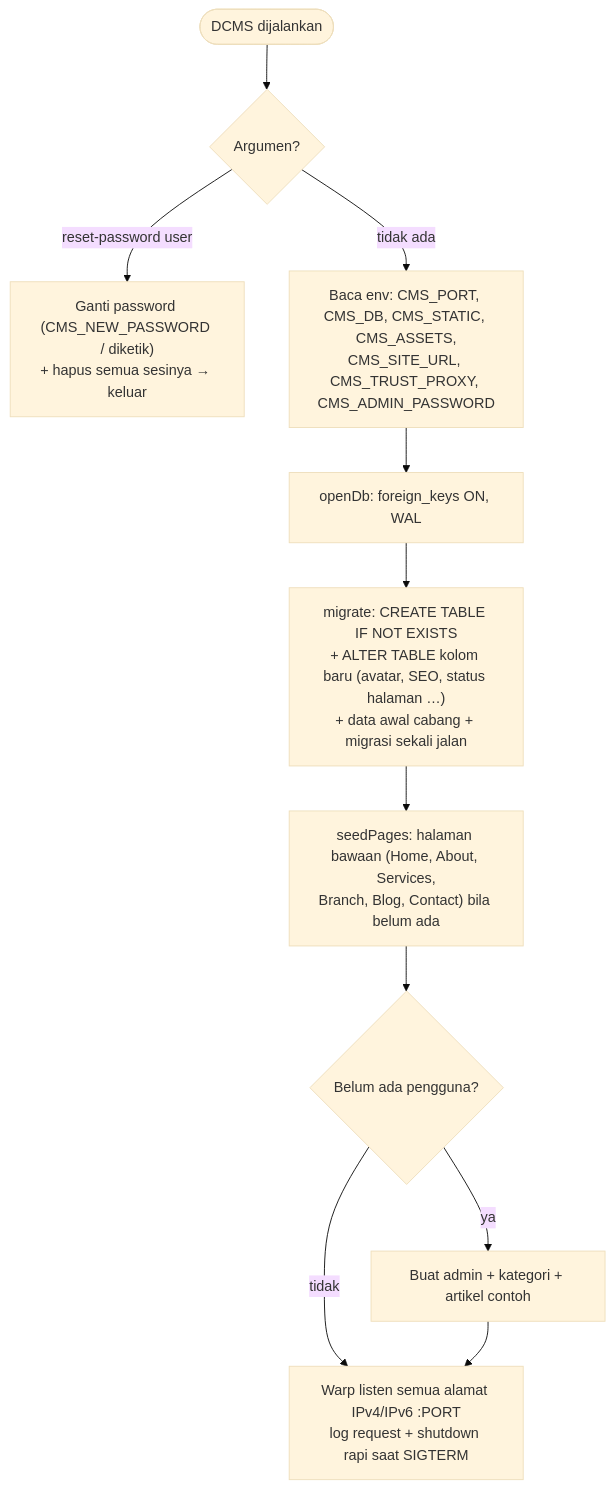
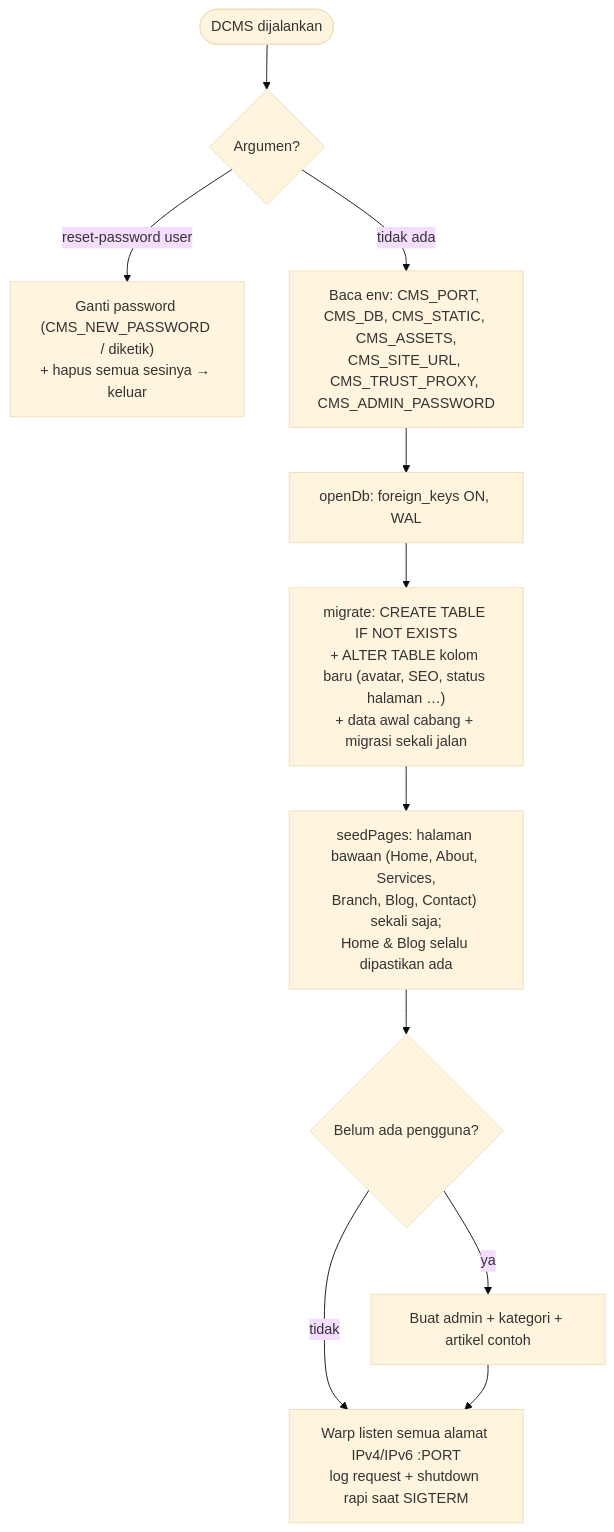
One commit to alvarezyrh/DCMS changed diagram 15 of 15 in README.md. Above: the diagram before and after it, drawn with Mermaid (base theme). The commit also changed other lines of this file, not shown here.

````diff
--- a/README.md
+++ b/README.md
@@ -673,13 +692,13 @@
 ```mermaid
 flowchart TD
     S(["DCMS dijalankan"]) --> AR{"Argumen?"}
     AR -- "reset-password user" --> RP["Ganti password (CMS_NEW_PASSWORD / diketik)<br/>+ hapus semua sesinya → keluar"]
     AR -- tidak ada --> ENV["Baca env: CMS_PORT, CMS_DB, CMS_STATIC, CMS_ASSETS,<br/>CMS_SITE_URL, CMS_TRUST_PROXY, CMS_ADMIN_PASSWORD"]
     ENV --> OD["openDb: foreign_keys ON, WAL"]
     OD --> MG["migrate: CREATE TABLE IF NOT EXISTS<br/>+ ALTER TABLE kolom baru (avatar, SEO, status halaman …)<br/>+ data awal cabang + migrasi sekali jalan"]
-    MG --> SP["seedPages: halaman bawaan (Home, About, Services,<br/>Branch, Blog, Contact) bila belum ada"]
+    MG --> SP["seedPages: halaman bawaan (Home, About, Services,<br/>Branch, Blog, Contact) sekali saja;<br/>Home & Blog selalu dipastikan ada"]
     SP --> SE{"Belum ada pengguna?"}
     SE -- ya --> AD["Buat admin + kategori + artikel contoh"]
     SE -- tidak --> RUN
     AD --> RUN["Warp listen semua alamat IPv4/IPv6 :PORT<br/>log request + shutdown rapi saat SIGTERM"]
 ```
````
